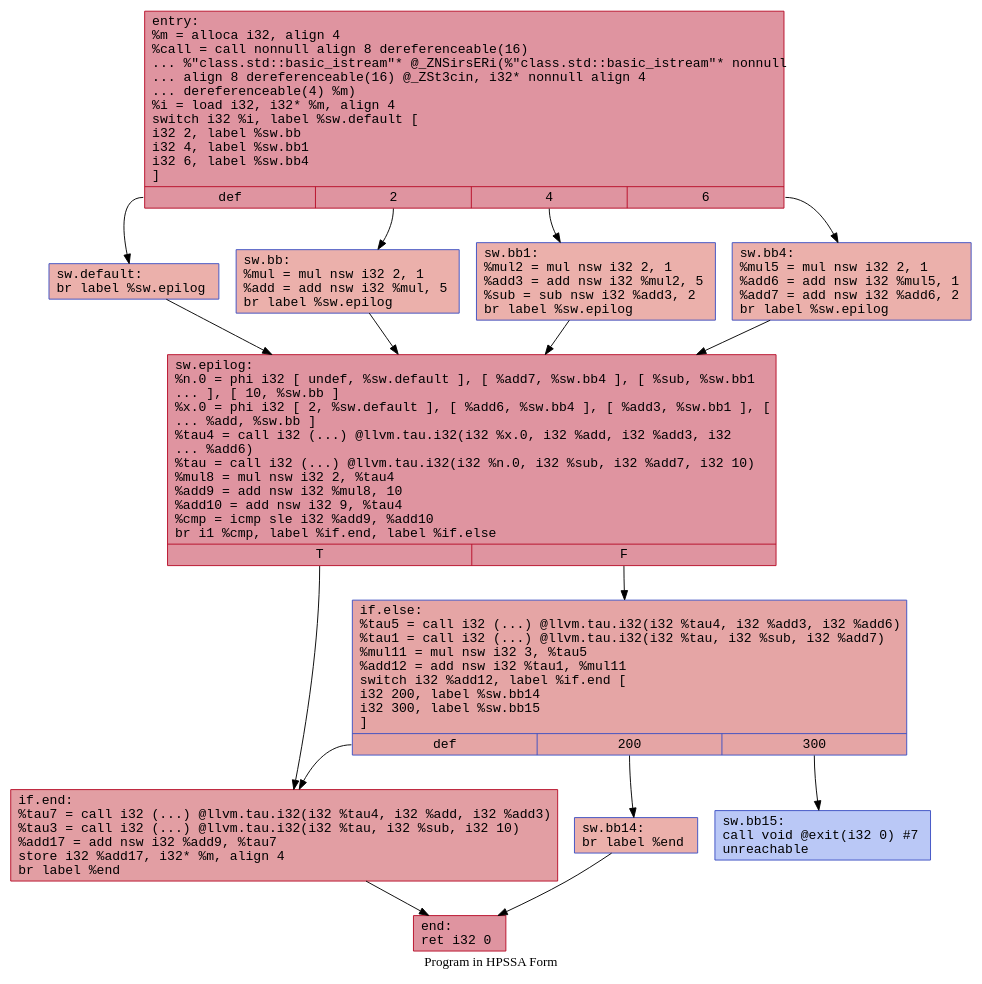
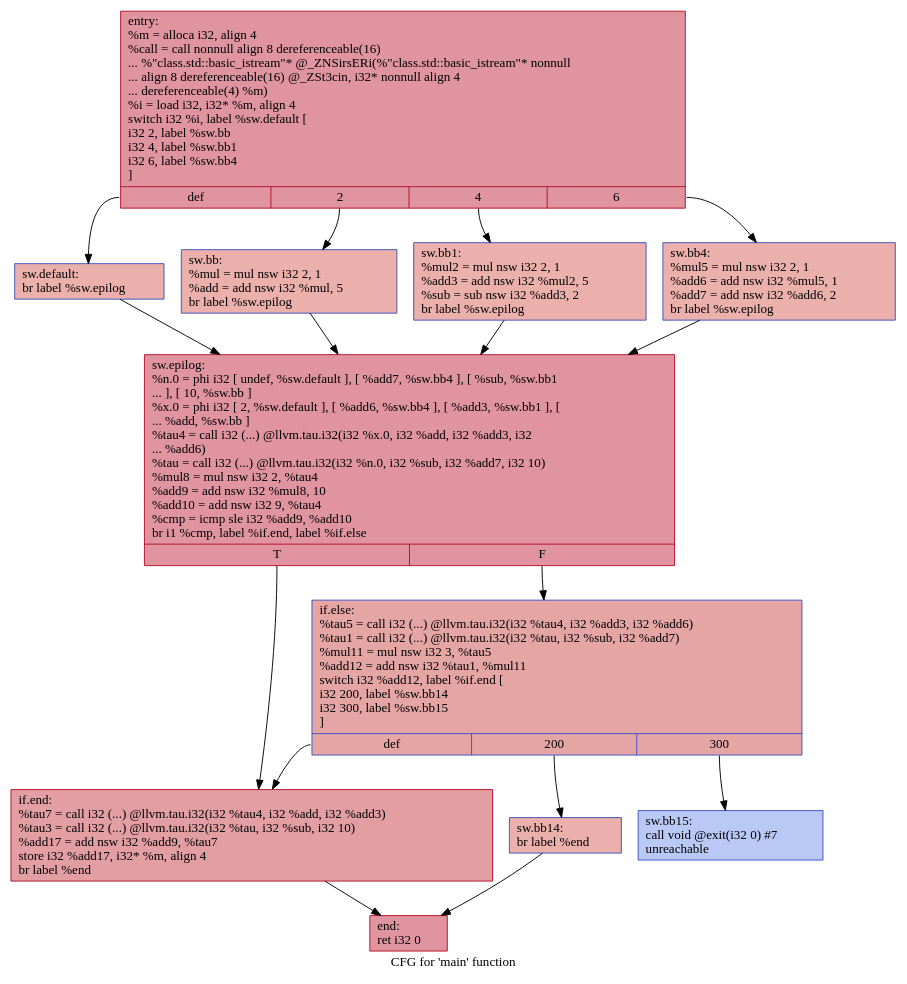
The diagram in IR/cfg/afterHPSSA.dot (HPSSA-LLVM/HPSSA-LLVM), drawn with Graphviz before and after one commit. The commit also changed 22 other files, not shown here.

```diff
--- a/IR/cfg/afterHPSSA.dot
+++ b/IR/cfg/afterHPSSA.dot
@@ -1,31 +1,30 @@
 digraph "CFG for 'main' function" {
-	label="Program in HPSSA Form";
-	node [fontname="Courier"];
-	edge [fontname="Courier"];
-	Node0x55d75e08d230 [shape=record,color="#b70d28ff", style=filled, fillcolor="#b70d2870",label="{entry:\l  %m = alloca i32, align 4\l  %call = call nonnull align 8 dereferenceable(16)\l... %\"class.std::basic_istream\"* @_ZNSirsERi(%\"class.std::basic_istream\"* nonnull\l... align 8 dereferenceable(16) @_ZSt3cin, i32* nonnull align 4\l... dereferenceable(4) %m)\l  %i = load i32, i32* %m, align 4\l  switch i32 %i, label %sw.default [\l    i32 2, label %sw.bb\l    i32 4, label %sw.bb1\l    i32 6, label %sw.bb4\l  ]\l|{<s0>def|<s1>2|<s2>4|<s3>6}}"];
-	Node0x55d75e08d230:s0 -> Node0x55d75e08d670;
-	Node0x55d75e08d230:s1 -> Node0x55d75e08d780;
-	Node0x55d75e08d230:s2 -> Node0x55d75e08d880;
-	Node0x55d75e08d230:s3 -> Node0x55d75e08d980;
-	Node0x55d75e08d780 [shape=record,color="#3d50c3ff", style=filled, fillcolor="#d24b4070",label="{sw.bb:                                            \l  %mul = mul nsw i32 2, 1\l  %add = add nsw i32 %mul, 5\l  br label %sw.epilog\l}"];
-	Node0x55d75e08d780 -> Node0x55d75e08dc30;
-	Node0x55d75e08d880 [shape=record,color="#3d50c3ff", style=filled, fillcolor="#d24b4070",label="{sw.bb1:                                           \l  %mul2 = mul nsw i32 2, 1\l  %add3 = add nsw i32 %mul2, 5\l  %sub = sub nsw i32 %add3, 2\l  br label %sw.epilog\l}"];
-	Node0x55d75e08d880 -> Node0x55d75e08dc30;
-	Node0x55d75e08d980 [shape=record,color="#3d50c3ff", style=filled, fillcolor="#d24b4070",label="{sw.bb4:                                           \l  %mul5 = mul nsw i32 2, 1\l  %add6 = add nsw i32 %mul5, 1\l  %add7 = add nsw i32 %add6, 2\l  br label %sw.epilog\l}"];
-	Node0x55d75e08d980 -> Node0x55d75e08dc30;
-	Node0x55d75e08d670 [shape=record,color="#3d50c3ff", style=filled, fillcolor="#d24b4070",label="{sw.default:                                       \l  br label %sw.epilog\l}"];
-	Node0x55d75e08d670 -> Node0x55d75e08dc30;
-	Node0x55d75e08dc30 [shape=record,color="#b70d28ff", style=filled, fillcolor="#b70d2870",label="{sw.epilog:                                        \l  %n.0 = phi i32 [ undef, %sw.default ], [ %add7, %sw.bb4 ], [ %sub, %sw.bb1\l... ], [ 10, %sw.bb ]\l  %x.0 = phi i32 [ 2, %sw.default ], [ %add6, %sw.bb4 ], [ %add3, %sw.bb1 ], [\l... %add, %sw.bb ]\l  %tau4 = call i32 (...) @llvm.tau.i32(i32 %x.0, i32 %add, i32 %add3, i32\l... %add6)\l  %tau = call i32 (...) @llvm.tau.i32(i32 %n.0, i32 %sub, i32 %add7, i32 10)\l  %mul8 = mul nsw i32 2, %tau4\l  %add9 = add nsw i32 %mul8, 10\l  %add10 = add nsw i32 9, %tau4\l  %cmp = icmp sle i32 %add9, %add10\l  br i1 %cmp, label %if.end, label %if.else\l|{<s0>T|<s1>F}}"];
-	Node0x55d75e08dc30:s0 -> Node0x55d75e08f480;
-	Node0x55d75e08dc30:s1 -> Node0x55d75e08f4f0;
-	Node0x55d75e08f4f0 [shape=record,color="#3d50c3ff", style=filled, fillcolor="#c5333470",label="{if.else:                                          \l  %tau5 = call i32 (...) @llvm.tau.i32(i32 %tau4, i32 %add3, i32 %add6)\l  %tau1 = call i32 (...) @llvm.tau.i32(i32 %tau, i32 %sub, i32 %add7)\l  %mul11 = mul nsw i32 3, %tau5\l  %add12 = add nsw i32 %tau1, %mul11\l  switch i32 %add12, label %if.end [\l    i32 200, label %sw.bb14\l    i32 300, label %sw.bb15\l  ]\l|{<s0>def|<s1>200|<s2>300}}"];
-	Node0x55d75e08f4f0:s0 -> Node0x55d75e08f480;
-	Node0x55d75e08f4f0:s1 -> Node0x55d75e08f8b0;
-	Node0x55d75e08f4f0:s2 -> Node0x55d75e08f950;
-	Node0x55d75e08f8b0 [shape=record,color="#3d50c3ff", style=filled, fillcolor="#d24b4070",label="{sw.bb14:                                          \l  br label %end\l}"];
-	Node0x55d75e08f8b0 -> Node0x55d75e08fae0;
-	Node0x55d75e08f950 [shape=record,color="#3d50c3ff", style=filled, fillcolor="#6282ea70",label="{sw.bb15:                                          \l  call void @exit(i32 0) #7\l  unreachable\l}"];
-	Node0x55d75e08f480 [shape=record,color="#b70d28ff", style=filled, fillcolor="#be242e70",label="{if.end:                                           \l  %tau7 = call i32 (...) @llvm.tau.i32(i32 %tau4, i32 %add, i32 %add3)\l  %tau3 = call i32 (...) @llvm.tau.i32(i32 %tau, i32 %sub, i32 10)\l  %add17 = add nsw i32 %add9, %tau7\l  store i32 %add17, i32* %m, align 4\l  br label %end\l}"];
-	Node0x55d75e08f480 -> Node0x55d75e08fae0;
-	Node0x55d75e08fae0 [shape=record,color="#b70d28ff", style=filled, fillcolor="#b70d2870",label="{end:                                              \l  ret i32 0\l}"];
+	label="CFG for 'main' function";
+
+	Node0x55f6c22ce230 [shape=record,color="#b70d28ff", style=filled, fillcolor="#b70d2870",label="{entry:\l  %m = alloca i32, align 4\l  %call = call nonnull align 8 dereferenceable(16)\l... %\"class.std::basic_istream\"* @_ZNSirsERi(%\"class.std::basic_istream\"* nonnull\l... align 8 dereferenceable(16) @_ZSt3cin, i32* nonnull align 4\l... dereferenceable(4) %m)\l  %i = load i32, i32* %m, align 4\l  switch i32 %i, label %sw.default [\l    i32 2, label %sw.bb\l    i32 4, label %sw.bb1\l    i32 6, label %sw.bb4\l  ]\l|{<s0>def|<s1>2|<s2>4|<s3>6}}"];
+	Node0x55f6c22ce230:s0 -> Node0x55f6c22ce670;
+	Node0x55f6c22ce230:s1 -> Node0x55f6c22ce780;
+	Node0x55f6c22ce230:s2 -> Node0x55f6c22ce880;
+	Node0x55f6c22ce230:s3 -> Node0x55f6c22ce980;
+	Node0x55f6c22ce780 [shape=record,color="#3d50c3ff", style=filled, fillcolor="#d24b4070",label="{sw.bb:                                            \l  %mul = mul nsw i32 2, 1\l  %add = add nsw i32 %mul, 5\l  br label %sw.epilog\l}"];
+	Node0x55f6c22ce780 -> Node0x55f6c22cec30;
+	Node0x55f6c22ce880 [shape=record,color="#3d50c3ff", style=filled, fillcolor="#d24b4070",label="{sw.bb1:                                           \l  %mul2 = mul nsw i32 2, 1\l  %add3 = add nsw i32 %mul2, 5\l  %sub = sub nsw i32 %add3, 2\l  br label %sw.epilog\l}"];
+	Node0x55f6c22ce880 -> Node0x55f6c22cec30;
+	Node0x55f6c22ce980 [shape=record,color="#3d50c3ff", style=filled, fillcolor="#d24b4070",label="{sw.bb4:                                           \l  %mul5 = mul nsw i32 2, 1\l  %add6 = add nsw i32 %mul5, 1\l  %add7 = add nsw i32 %add6, 2\l  br label %sw.epilog\l}"];
+	Node0x55f6c22ce980 -> Node0x55f6c22cec30;
+	Node0x55f6c22ce670 [shape=record,color="#3d50c3ff", style=filled, fillcolor="#d24b4070",label="{sw.default:                                       \l  br label %sw.epilog\l}"];
+	Node0x55f6c22ce670 -> Node0x55f6c22cec30;
+	Node0x55f6c22cec30 [shape=record,color="#b70d28ff", style=filled, fillcolor="#b70d2870",label="{sw.epilog:                                        \l  %n.0 = phi i32 [ undef, %sw.default ], [ %add7, %sw.bb4 ], [ %sub, %sw.bb1\l... ], [ 10, %sw.bb ]\l  %x.0 = phi i32 [ 2, %sw.default ], [ %add6, %sw.bb4 ], [ %add3, %sw.bb1 ], [\l... %add, %sw.bb ]\l  %tau4 = call i32 (...) @llvm.tau.i32(i32 %x.0, i32 %add, i32 %add3, i32\l... %add6)\l  %tau = call i32 (...) @llvm.tau.i32(i32 %n.0, i32 %sub, i32 %add7, i32 10)\l  %mul8 = mul nsw i32 2, %tau4\l  %add9 = add nsw i32 %mul8, 10\l  %add10 = add nsw i32 9, %tau4\l  %cmp = icmp sle i32 %add9, %add10\l  br i1 %cmp, label %if.end, label %if.else\l|{<s0>T|<s1>F}}"];
+	Node0x55f6c22cec30:s0 -> Node0x55f6c22d0480;
+	Node0x55f6c22cec30:s1 -> Node0x55f6c22d04f0;
+	Node0x55f6c22d04f0 [shape=record,color="#3d50c3ff", style=filled, fillcolor="#c5333470",label="{if.else:                                          \l  %tau5 = call i32 (...) @llvm.tau.i32(i32 %tau4, i32 %add3, i32 %add6)\l  %tau1 = call i32 (...) @llvm.tau.i32(i32 %tau, i32 %sub, i32 %add7)\l  %mul11 = mul nsw i32 3, %tau5\l  %add12 = add nsw i32 %tau1, %mul11\l  switch i32 %add12, label %if.end [\l    i32 200, label %sw.bb14\l    i32 300, label %sw.bb15\l  ]\l|{<s0>def|<s1>200|<s2>300}}"];
+	Node0x55f6c22d04f0:s0 -> Node0x55f6c22d0480;
+	Node0x55f6c22d04f0:s1 -> Node0x55f6c22d08b0;
+	Node0x55f6c22d04f0:s2 -> Node0x55f6c22d0950;
+	Node0x55f6c22d08b0 [shape=record,color="#3d50c3ff", style=filled, fillcolor="#d24b4070",label="{sw.bb14:                                          \l  br label %end\l}"];
+	Node0x55f6c22d08b0 -> Node0x55f6c22d0ae0;
+	Node0x55f6c22d0950 [shape=record,color="#3d50c3ff", style=filled, fillcolor="#6282ea70",label="{sw.bb15:                                          \l  call void @exit(i32 0) #7\l  unreachable\l}"];
+	Node0x55f6c22d0480 [shape=record,color="#b70d28ff", style=filled, fillcolor="#be242e70",label="{if.end:                                           \l  %tau7 = call i32 (...) @llvm.tau.i32(i32 %tau4, i32 %add, i32 %add3)\l  %tau3 = call i32 (...) @llvm.tau.i32(i32 %tau, i32 %sub, i32 10)\l  %add17 = add nsw i32 %add9, %tau7\l  store i32 %add17, i32* %m, align 4\l  br label %end\l}"];
+	Node0x55f6c22d0480 -> Node0x55f6c22d0ae0;
+	Node0x55f6c22d0ae0 [shape=record,color="#b70d28ff", style=filled, fillcolor="#b70d2870",label="{end:                                              \l  ret i32 0\l}"];
 }
```
